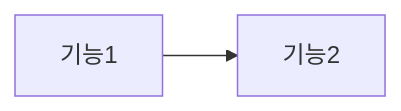
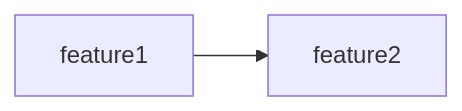
The diagram in solera/skills/writing-goal/assets/service-map-vertical.md (noory-code/noory-ai), drawn with Mermaid before and after one commit. The commit also changed other lines of this file and 95 other files, not shown here.

````diff
--- a/solera/skills/writing-goal/assets/service-map-vertical.md
+++ b/solera/skills/writing-goal/assets/service-map-vertical.md
@@ -34,6 +34,6 @@
 ```mermaid
 flowchart LR
-    A[기능1] --> B[기능2]
+    A[feature1] --> B[feature2]
 
     classDef planned fill:#f5f5f5,stroke:#999,color:#666
 ```
````
